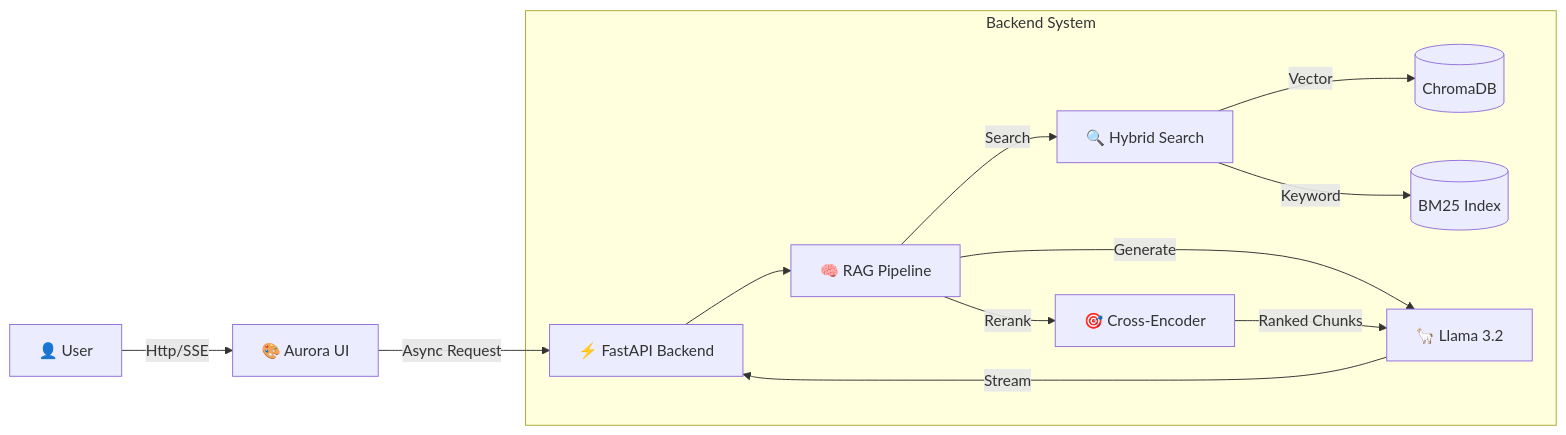
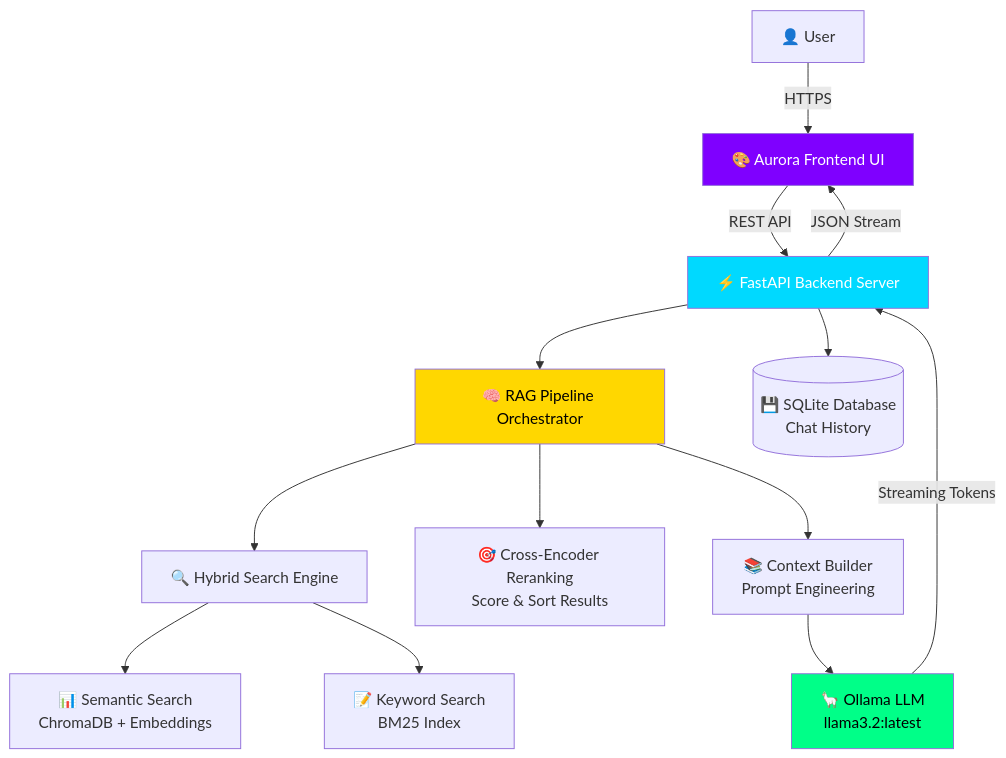
Before and after one commit to Piyu242005/MindMesh-AI: the diagram in Readme.md, drawn with Mermaid. The commit also changed other lines of this file and 14 other files, not shown here.

````diff
--- a/Readme.md
+++ b/Readme.md
@@ -112,18 +354,27 @@
 ```mermaid
-graph LR
-    User[👤 User] -->|Http/SSE| Frontend[🎨 Aurora UI]
-    Frontend -->|Async Request| API[⚡ FastAPI Backend]
+graph TB
+    User[👤 User] -->|HTTPS| Frontend[🎨 Aurora Frontend UI]
+    Frontend -->|REST API| Backend[⚡ FastAPI Backend Server]
     
-    subgraph "Backend System"
-        API --> Pipeline[🧠 RAG Pipeline]
-        Pipeline -->|Search| Hybrid[🔍 Hybrid Search]
-        Hybrid -->|Vector| Chroma[(ChromaDB)]
-        Hybrid -->|Keyword| BM25[(BM25 Index)]
-        
-        Pipeline -->|Rerank| CrossEnc[🎯 Cross-Encoder]
-        Pipeline -->|Generate| Ollama[🦙 Llama 3.2]
-    end
+    Backend --> Pipeline[🧠 RAG Pipeline Orchestrator]
     
-    CrossEnc -->|Ranked Chunks| Ollama
-    Ollama -->|Stream| API
+    Pipeline --> Search[🔍 Hybrid Search Engine]
+    Search --> Vector[📊 Semantic Search<br/>ChromaDB + Embeddings]
+    Search --> Keyword[📝 Keyword Search<br/>BM25 Index]
+    
+    Pipeline --> Rerank[🎯 Cross-Encoder Reranking<br/>Score & Sort Results]
+    
+    Pipeline --> Context[📚 Context Builder<br/>Prompt Engineering]
+    
+    Context --> LLM[🦙 Ollama LLM<br/>llama3.2:latest]
+    
+    LLM -->|Streaming Tokens| Backend
+    Backend -->|JSON Stream| Frontend
+    
+    Backend --> DB[(💾 SQLite Database<br/>Chat History)]
+    
+    style Frontend fill:#7F00FF,color:#fff
+    style Backend fill:#00D9FF,color:#fff
+    style Pipeline fill:#FFD700,color:#000
+    style LLM fill:#00FF88,color:#000
 ```
````
